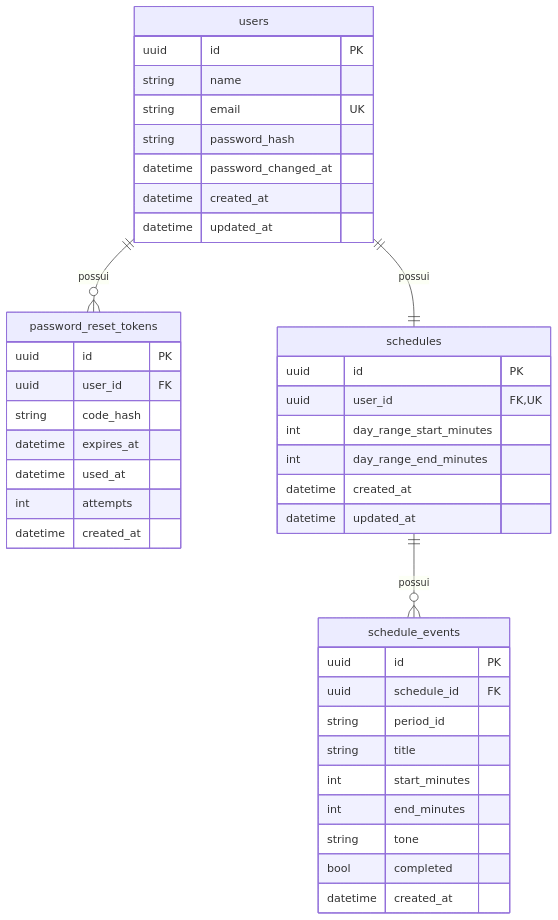
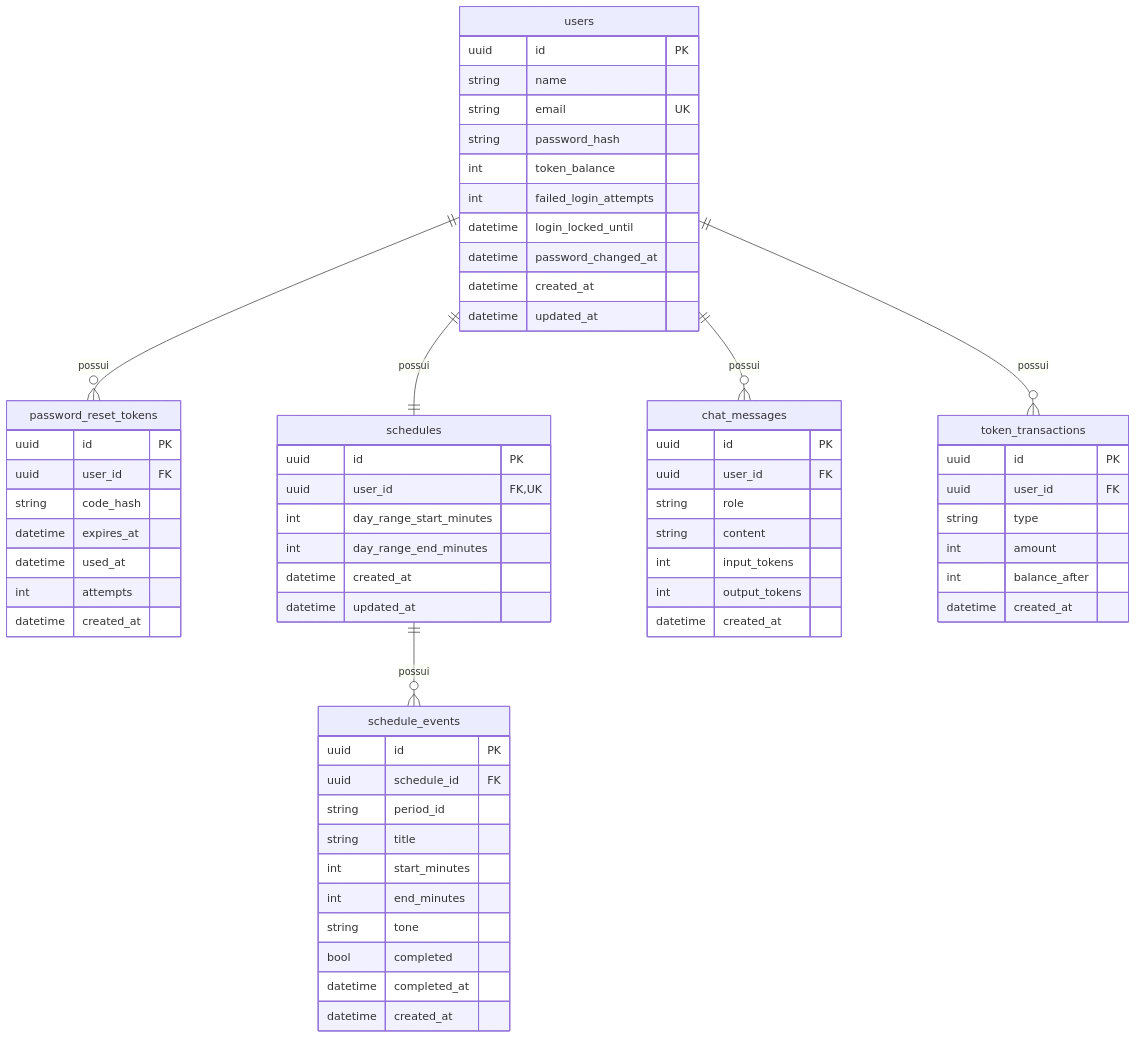
The first of 4 diagrams in Card_14-Pratica_Projeto-Final-Part-Final/backend/README.md (SebenJose/Fast-Camp---Web), drawn with Mermaid before and after one commit. The commit also changed other lines of this file and 2 other files, not shown here.

Commit message:
docs: atualiza os READMEs com chat, cobrança, métricas e segurança

````diff
--- a/Card_14-Pratica_Projeto-Final-Part-Final/backend/README.md
+++ b/Card_14-Pratica_Projeto-Final-Part-Final/backend/README.md
@@ -77,43 +105,66 @@
 ```mermaid
 erDiagram
   users ||--o{ password_reset_tokens : possui
   users ||--|| schedules : possui
   schedules ||--o{ schedule_events : possui
+  users ||--o{ chat_messages : possui
+  users ||--o{ token_transactions : possui
   users {
     uuid id PK
     string name
     string email UK
     string password_hash
+    int token_balance
+    int failed_login_attempts
+    datetime login_locked_until
     datetime password_changed_at
     datetime created_at
     datetime updated_at
   }
   password_reset_tokens {
     uuid id PK
     uuid user_id FK
     string code_hash
     datetime expires_at
     datetime used_at
     int attempts
     datetime created_at
   }
   schedules {
     uuid id PK
     uuid user_id FK, UK
     int day_range_start_minutes
     int day_range_end_minutes
     datetime created_at
     datetime updated_at
   }
   schedule_events {
     uuid id PK
     uuid schedule_id FK
     string period_id
     string title
     int start_minutes
     int end_minutes
     string tone
     bool completed
+    datetime completed_at
+    datetime created_at
+  }
+  chat_messages {
+    uuid id PK
+    uuid user_id FK
+    string role
+    string content
+    int input_tokens
+    int output_tokens
+    datetime created_at
+  }
+  token_transactions {
+    uuid id PK
+    uuid user_id FK
+    string type
+    int amount
+    int balance_after
     datetime created_at
   }
 ```
````
